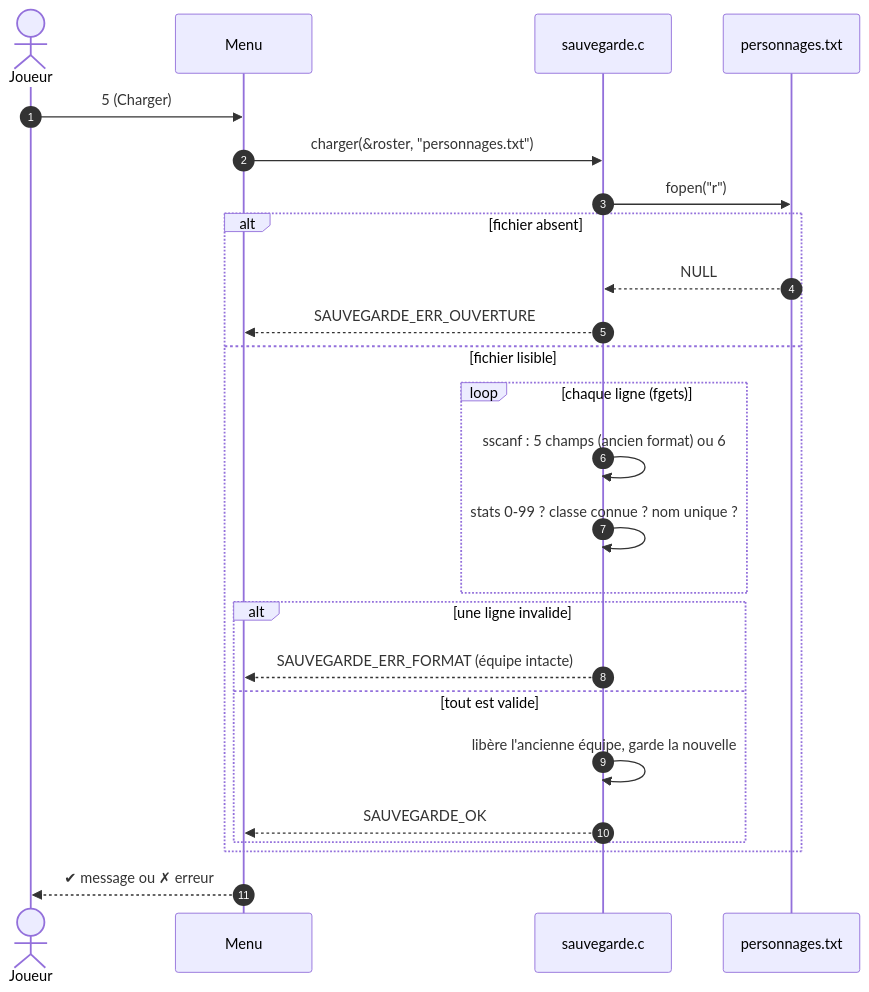
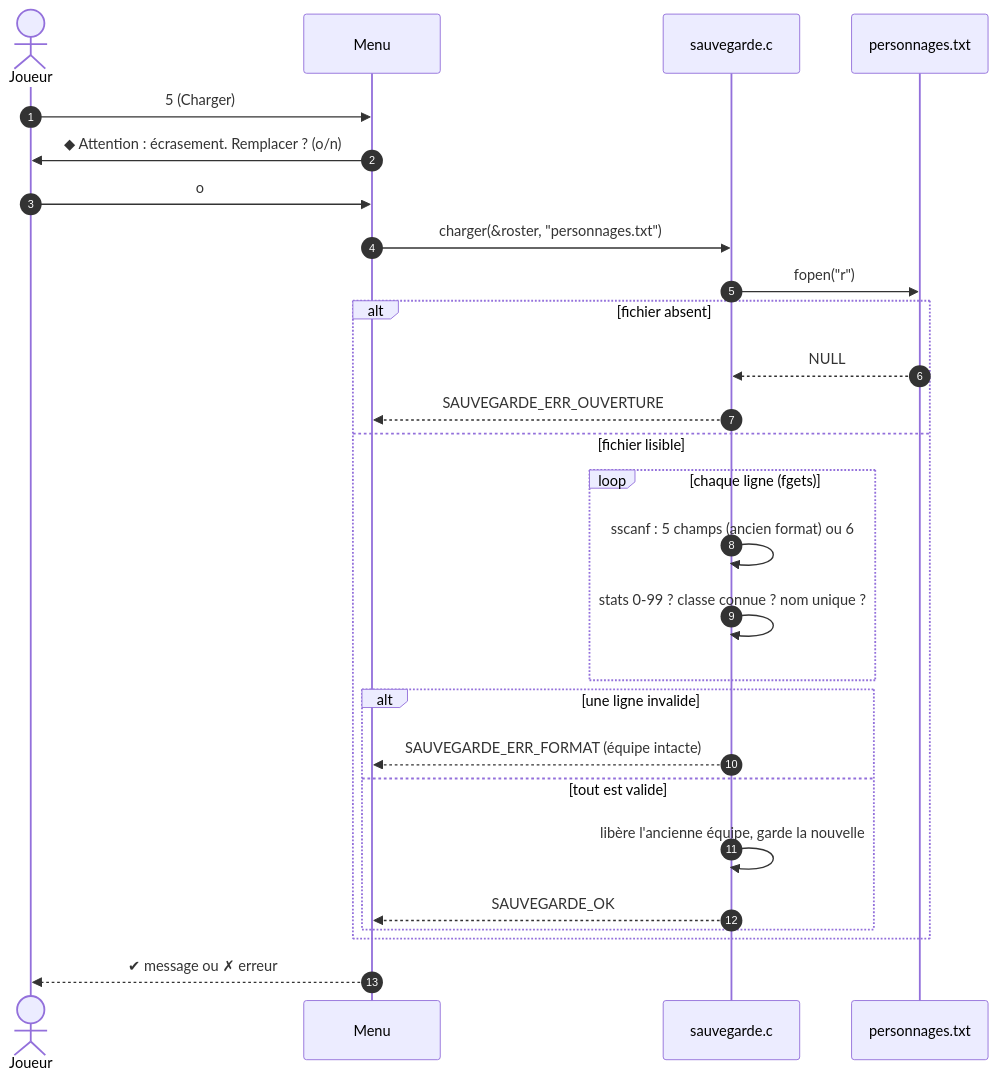
The third of 9 diagrams in README.md (Vylllixis/RedStrings), drawn with Mermaid before and after one commit. The commit also changed other lines of this file and 1 other file, not shown here.

````diff
--- a/README.md
+++ b/README.md
@@ -466,27 +487,29 @@
 ```mermaid
 sequenceDiagram
     autonumber
     actor J as Joueur
     participant M as Menu
     participant S as sauvegarde.c
     participant F as personnages.txt
     J->>M: 5 (Charger)
+    M->>J: ◆ Attention : écrasement. Remplacer ? (o/n)
+    J->>M: o
     M->>S: charger(&roster, "personnages.txt")
     S->>F: fopen("r")
     alt fichier absent
         F-->>S: NULL
         S-->>M: SAUVEGARDE_ERR_OUVERTURE
     else fichier lisible
         loop chaque ligne (fgets)
             S->>S: sscanf : 5 champs (ancien format) ou 6
             S->>S: stats 0-99 ? classe connue ? nom unique ?
         end
         alt une ligne invalide
             S-->>M: SAUVEGARDE_ERR_FORMAT (équipe intacte)
         else tout est valide
             S->>S: libère l'ancienne équipe, garde la nouvelle
             S-->>M: SAUVEGARDE_OK
         end
     end
     M-->>J: ✔ message ou ✗ erreur
 ```
````
